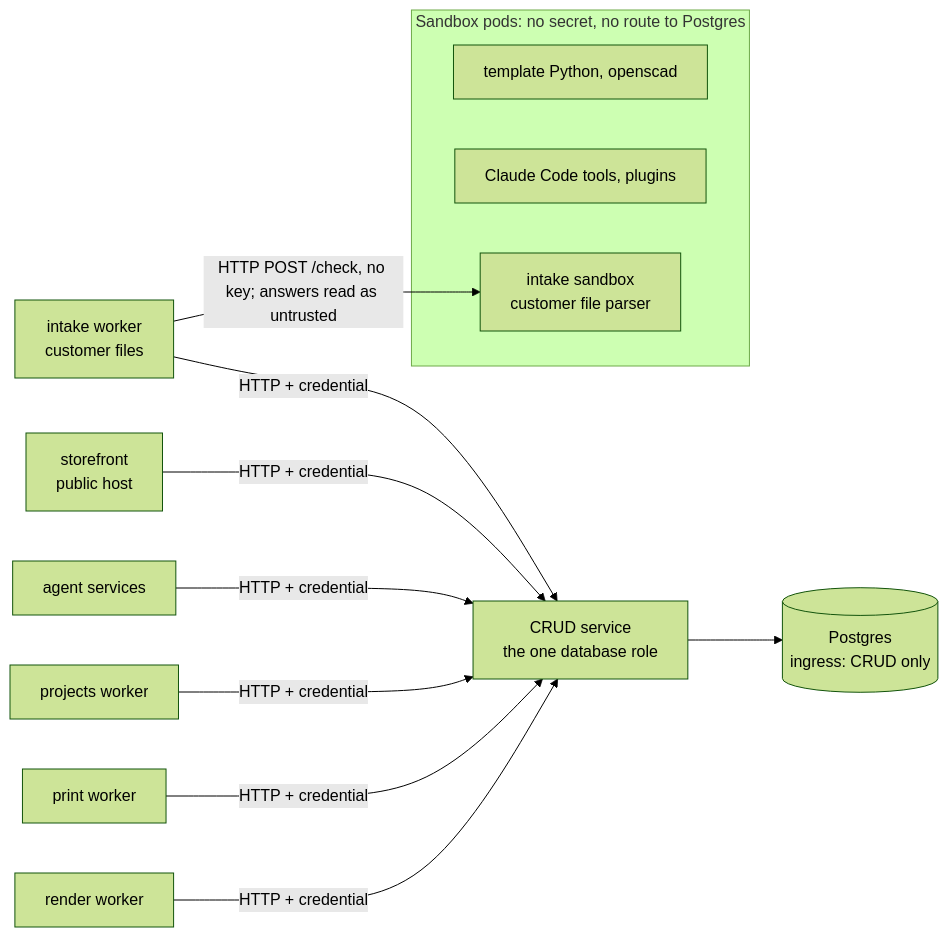
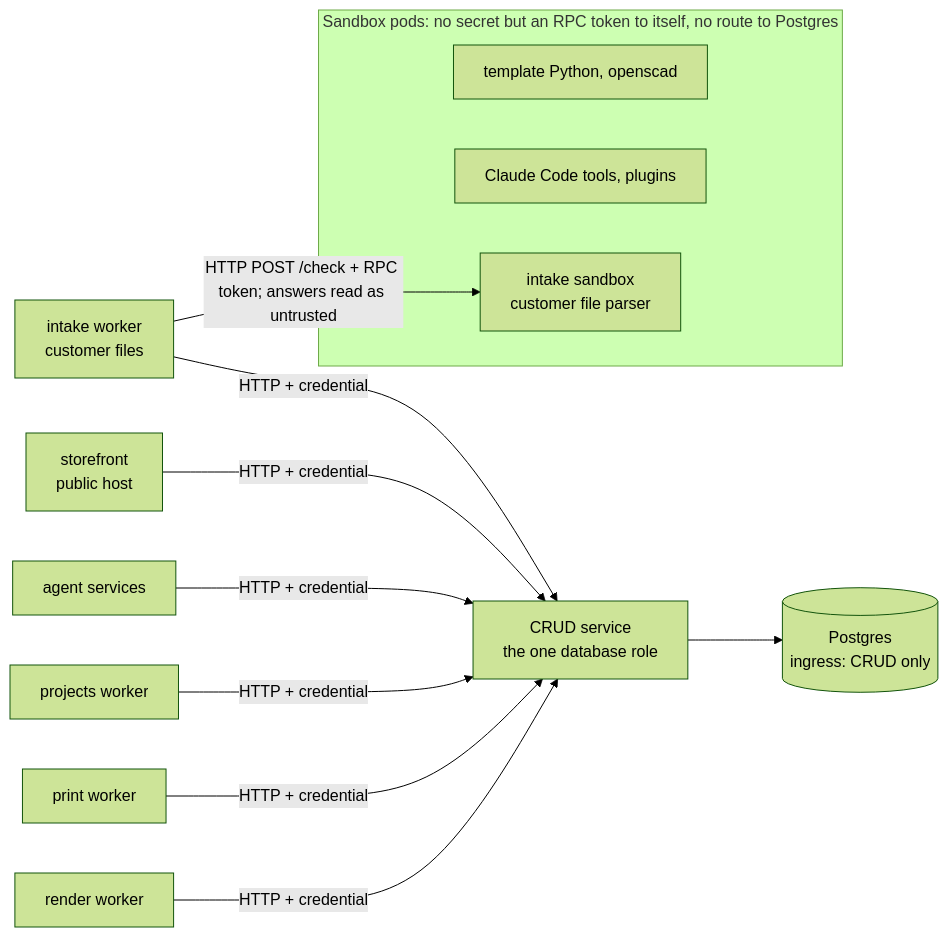
Before and after one commit to eh-homelab/ScadBuddy: the second of 2 diagrams in docs/security/trust-boundaries.md, drawn with Mermaid (forest theme). The commit also changed other lines of this file and 11 other files, not shown here.

First line of the commit message:
feat(intake): an RPC token and a request deadline guard the sandbox (#6133)

````diff
--- a/docs/security/trust-boundaries.md
+++ b/docs/security/trust-boundaries.md
@@ -154,16 +156,16 @@
 ```mermaid
 flowchart LR
-  subgraph untrusted[Sandbox pods: no secret, no route to Postgres]
+  subgraph untrusted[Sandbox pods: no secret but an RPC token to itself, no route to Postgres]
     T[template Python, openscad]
     C[Claude Code tools, plugins]
     X[intake sandbox<br/>customer file parser]
   end
-  I -- HTTP POST /check, no key; answers read as untrusted --> X
+  I -- HTTP POST /check + RPC token; answers read as untrusted --> X
   R[render worker] -- HTTP + credential --> CRUD
   P[print worker] -- HTTP + credential --> CRUD
   J[projects worker] -- HTTP + credential --> CRUD
   A[agent services] -- HTTP + credential --> CRUD
   S[storefront<br/>public host] -- HTTP + credential --> CRUD
   I[intake worker<br/>customer files] -- HTTP + credential --> CRUD
   CRUD[CRUD service<br/>the one database role] --> DB[(Postgres<br/>ingress: CRUD only)]
 ```
````
